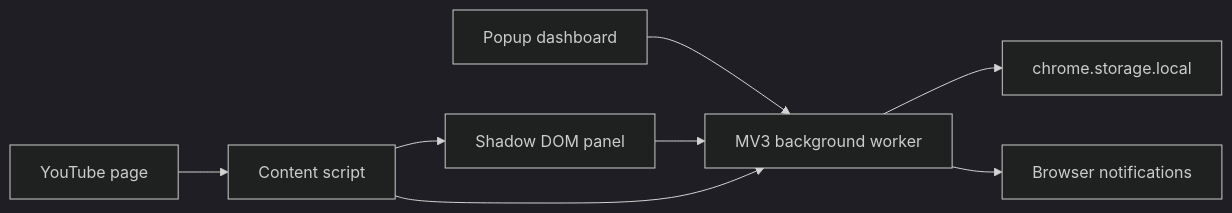
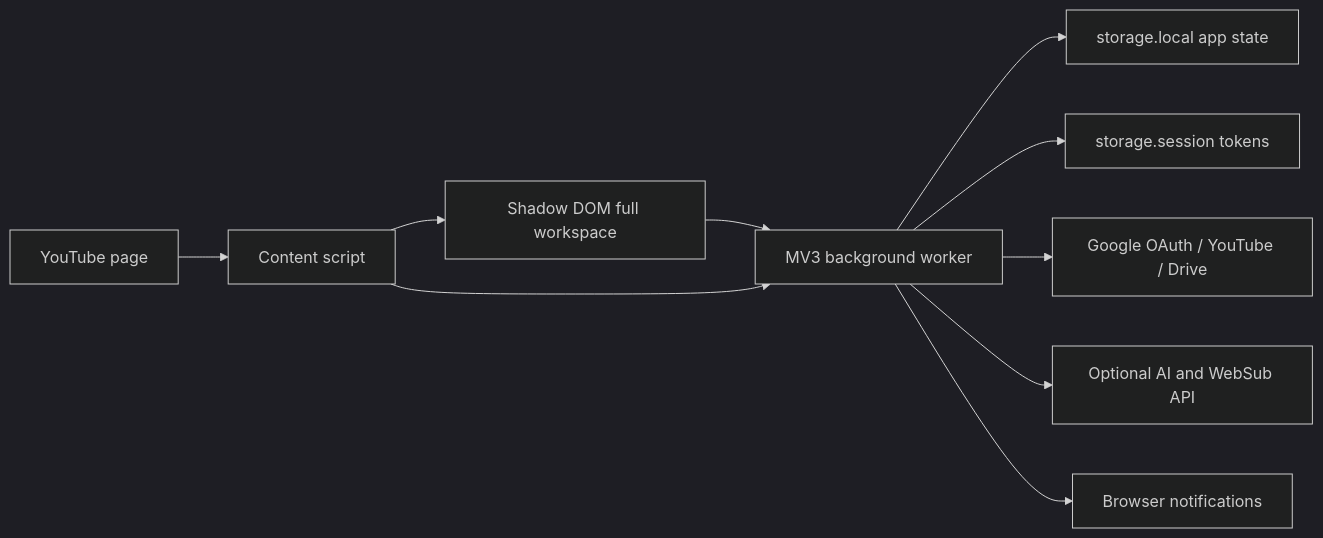
One commit to tvqqq/yutupe changed the diagram in docs/ARCHITECTURE.md. Above: the diagram before and after it, drawn with Mermaid (dark theme). The commit also changed other lines of this file and 22 other files, not shown here.

First line of the commit message:
Add Cloud API support, Google identity & integrations UI

````diff
--- a/docs/ARCHITECTURE.md
+++ b/docs/ARCHITECTURE.md
@@ -5,10 +3,12 @@
 ```mermaid
 flowchart LR
   Y[YouTube page] --> C[Content script]
-  C --> S[Shadow DOM panel]
-  P[Popup dashboard] --> B[MV3 background worker]
-  S --> B
+  C --> W[Shadow DOM full workspace]
+  W --> B[MV3 background worker]
   C --> B
-  B --> L[chrome.storage.local]
+  B --> L[storage.local app state]
+  B --> S[storage.session tokens]
+  B --> G[Google OAuth / YouTube / Drive]
+  B --> API[Optional AI and WebSub API]
   B --> N[Browser notifications]
 ```
````
